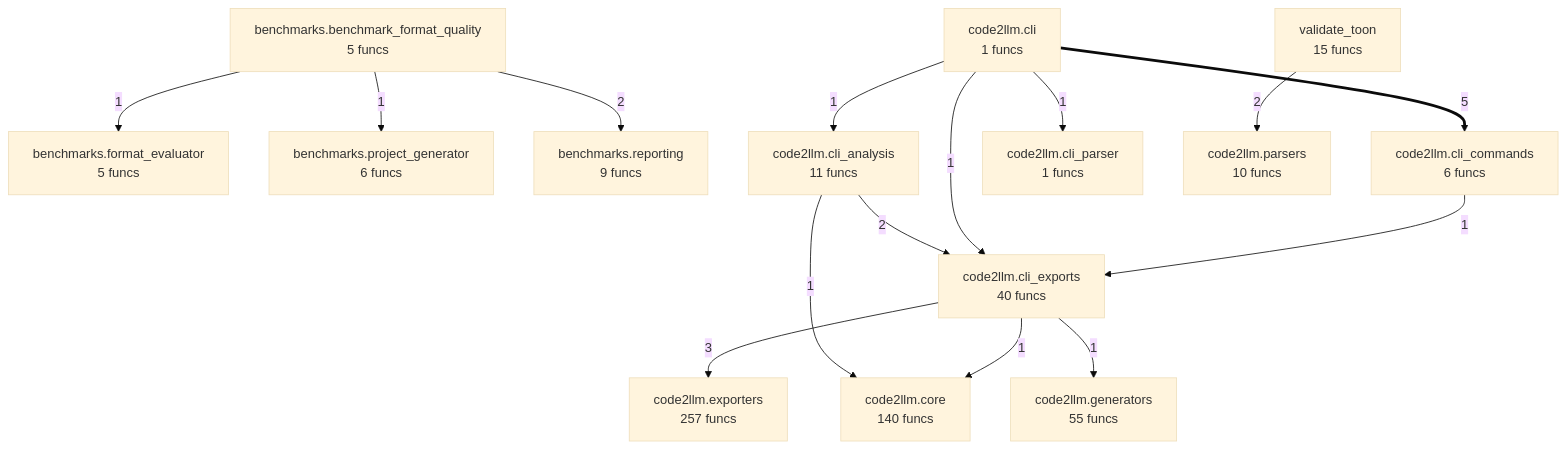
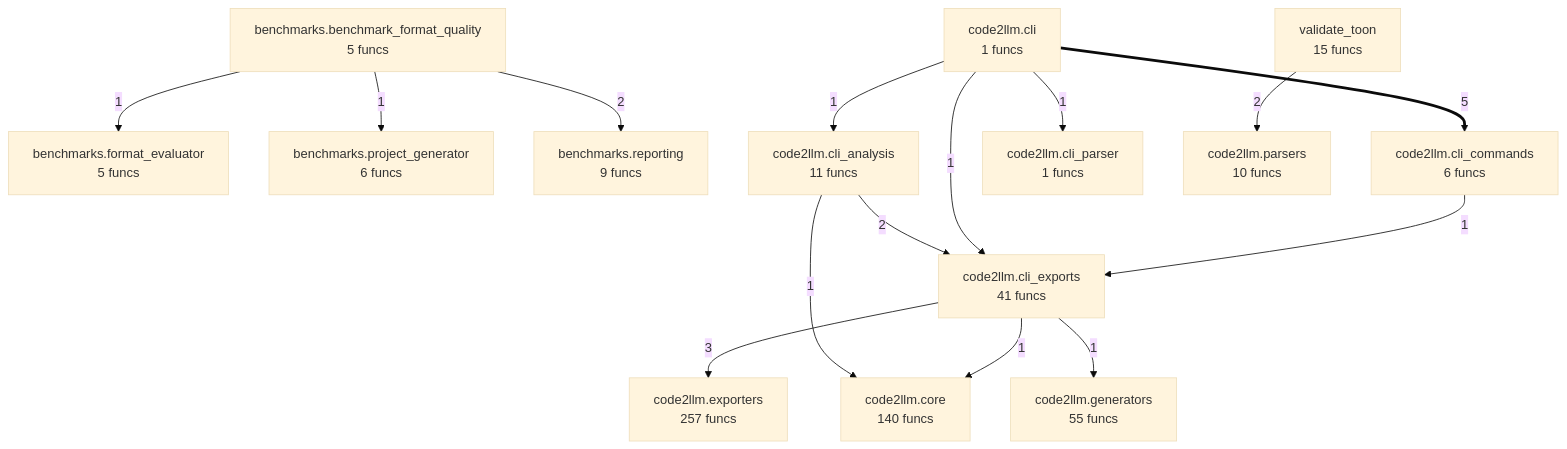
Before and after one commit to wronai/code2llm: the diagram in project/compact_flow.mmd, drawn with Mermaid (base theme). The commit also changed 19 other files, not shown here.

```diff
--- a/project/compact_flow.mmd
+++ b/project/compact_flow.mmd
@@ -1,29 +1,29 @@
 flowchart TD
     benchmarks_benchmark_format_quality["benchmarks.benchmark_format_quality<br/>5 funcs"]
     benchmarks_format_evaluator["benchmarks.format_evaluator<br/>5 funcs"]
     benchmarks_project_generator["benchmarks.project_generator<br/>6 funcs"]
     benchmarks_reporting["benchmarks.reporting<br/>9 funcs"]
     code2llm_cli["code2llm.cli<br/>1 funcs"]
     code2llm_cli_analysis["code2llm.cli_analysis<br/>11 funcs"]
     code2llm_cli_commands["code2llm.cli_commands<br/>6 funcs"]
-    code2llm_cli_exports["code2llm.cli_exports<br/>40 funcs"]
+    code2llm_cli_exports["code2llm.cli_exports<br/>41 funcs"]
     code2llm_cli_parser["code2llm.cli_parser<br/>1 funcs"]
     code2llm_core["code2llm.core<br/>140 funcs"]
     code2llm_exporters["code2llm.exporters<br/>257 funcs"]
     code2llm_generators["code2llm.generators<br/>55 funcs"]
     code2llm_parsers["code2llm.parsers<br/>10 funcs"]
     validate_toon["validate_toon<br/>15 funcs"]
     code2llm_cli ==>|5| code2llm_cli_commands
     code2llm_cli_exports -->|3| code2llm_exporters
     validate_toon -->|2| code2llm_parsers
     code2llm_cli_analysis -->|2| code2llm_cli_exports
     benchmarks_benchmark_format_quality -->|2| benchmarks_reporting
     code2llm_cli -->|1| code2llm_cli_parser
     code2llm_cli -->|1| code2llm_cli_analysis
     code2llm_cli -->|1| code2llm_cli_exports
     code2llm_cli_analysis -->|1| code2llm_core
     code2llm_cli_commands -->|1| code2llm_cli_exports
     benchmarks_benchmark_format_quality -->|1| benchmarks_format_evaluator
     benchmarks_benchmark_format_quality -->|1| benchmarks_project_generator
     code2llm_cli_exports -->|1| code2llm_core
     code2llm_cli_exports -->|1| code2llm_generators
```
